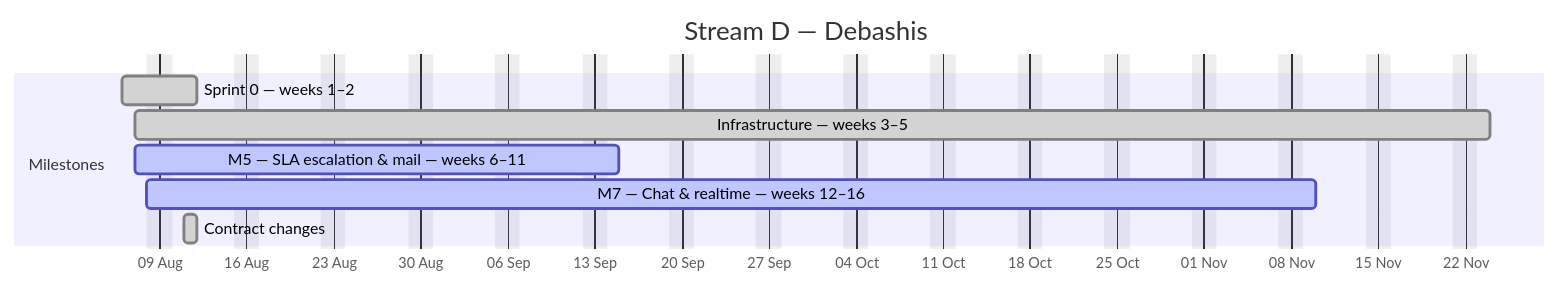
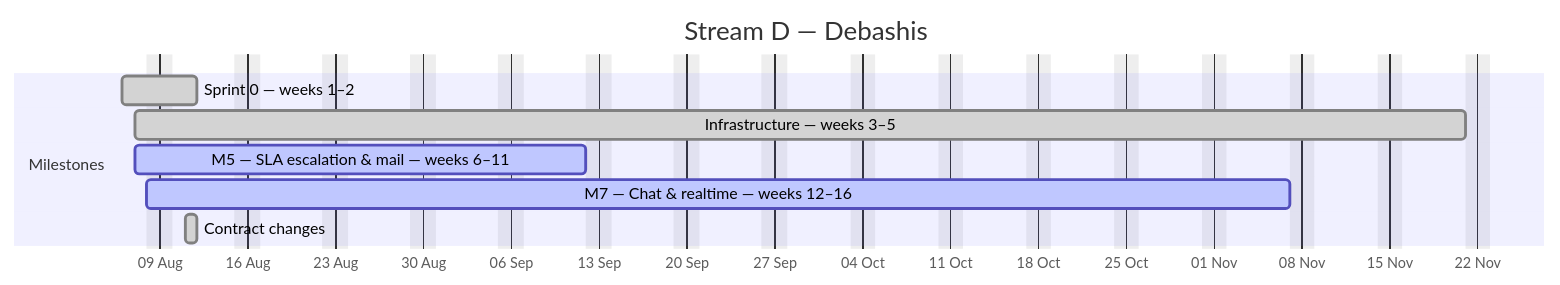
The fourth of 4 diagrams in docs/plan/GANTT.md (debashisedunext/EduTrack), drawn with Mermaid before and after one commit. The commit also changed other lines of this file and 3 other files, not shown here.

````diff
--- a/docs/plan/GANTT.md
+++ b/docs/plan/GANTT.md
@@ -173,13 +172,13 @@
 ```mermaid
 gantt
     dateFormat YYYY-MM-DD
     axisFormat %d %b
     title Stream D — Debashis
     excludes weekends
     section Milestones
     Sprint 0 — weeks 1–2 :done, d0, 2026-08-06, 4d
-    Infrastructure — weeks 3–5 :done, d1, 2026-08-07, 77d
-    M5 — SLA  escalation & mail — weeks 6–11 :active, d2, 2026-08-07, 27d
-    M7 — Chat & realtime — weeks 12–16 :active, d3, 2026-08-08, 67d
+    Infrastructure — weeks 3–5 :done, d1, 2026-08-07, 76d
+    M5 — SLA  escalation & mail — weeks 6–11 :active, d2, 2026-08-07, 26d
+    M7 — Chat & realtime — weeks 12–16 :active, d3, 2026-08-08, 66d
     Contract changes :done, d4, 2026-08-11, 1d
 ```
````
